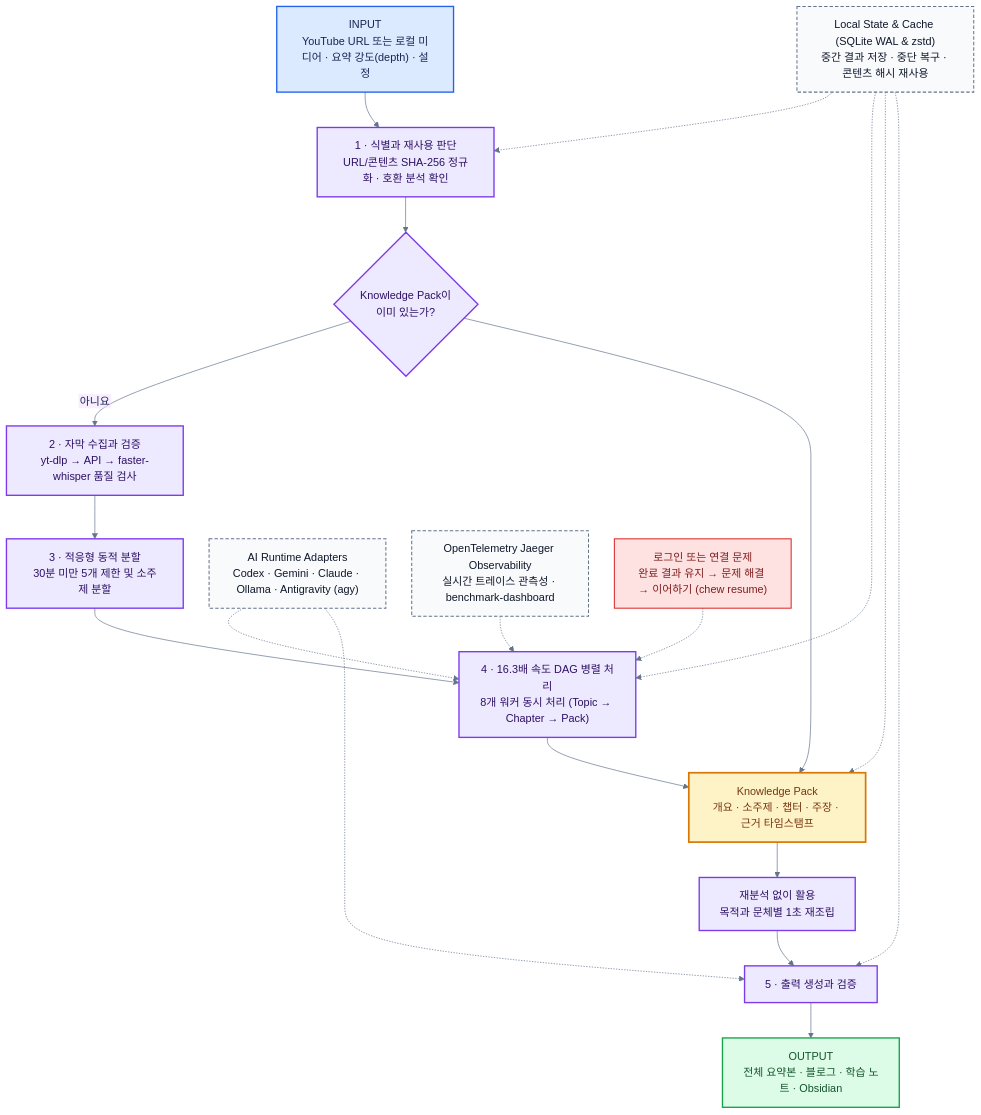
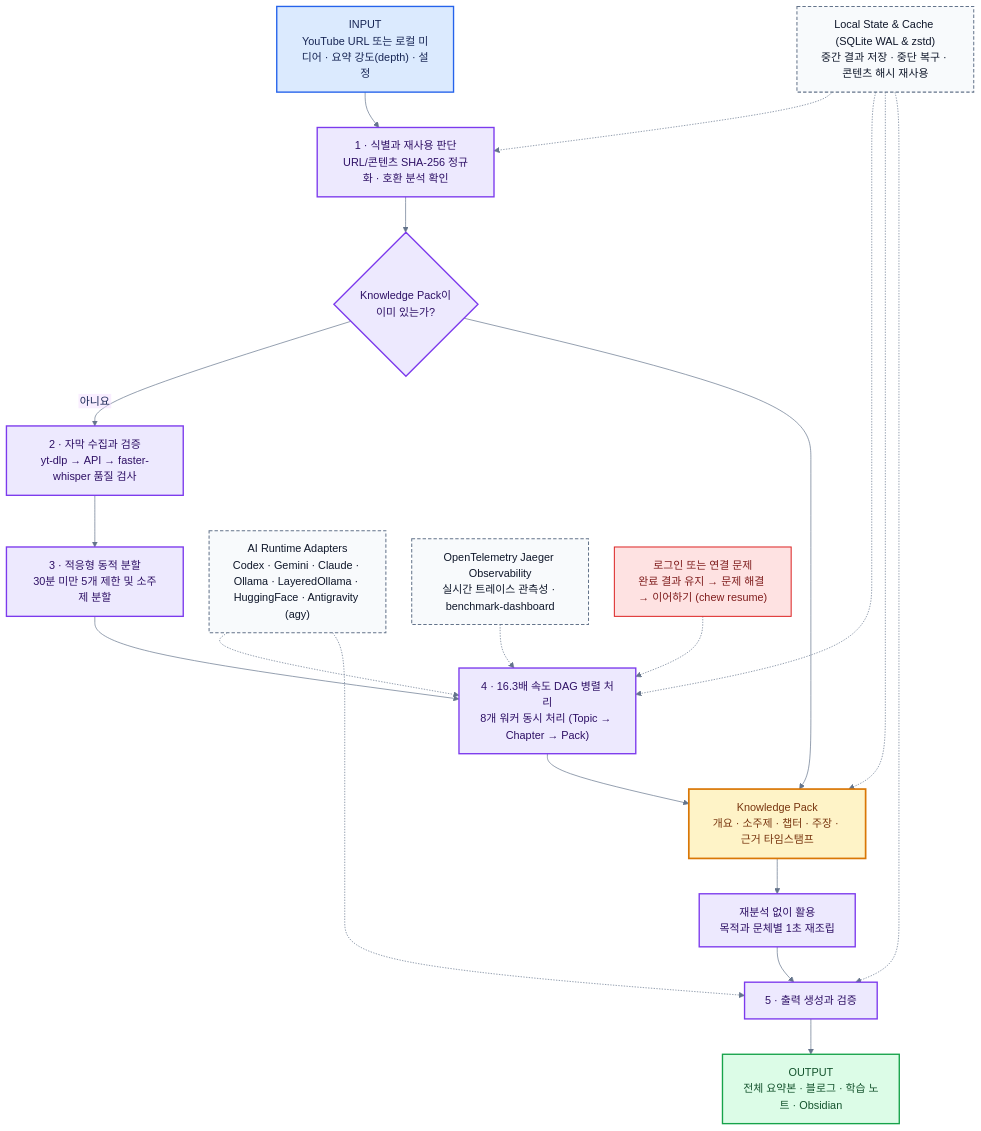
Before and after one commit to SHcommit/youtube-summerizer-kit: the diagram in assets/architecture/ko/internal-pipeline.mmd, drawn with Mermaid. The commit also changed 8 other files, not shown here.

```diff
--- a/assets/architecture/ko/internal-pipeline.mmd
+++ b/assets/architecture/ko/internal-pipeline.mmd
@@ -1,41 +1,41 @@
 %%{init: {"theme":"base","themeVariables":{"fontFamily":"Arial, Apple SD Gothic Neo, Noto Sans KR, sans-serif","primaryTextColor":"#172554","lineColor":"#64748b","clusterBkg":"#ffffff","clusterBorder":"#cbd5e1"},"flowchart":{"curve":"basis","nodeSpacing":38,"rankSpacing":52,"htmlLabels":false}}}%%
 flowchart TB
     INPUT["INPUT<br/>YouTube URL 또는 로컬 미디어 · 요약 강도(depth) · 설정"]
     IDENTITY["1 · 식별과 재사용 판단<br/>URL/콘텐츠 SHA-256 정규화 · 호환 분석 확인"]
     INPUT --> IDENTITY
     IDENTITY --> CACHE{"Knowledge Pack이<br/>이미 있는가?"}
 
     CACHE -->|아니요| ACQUIRE["2 · 자막 수집과 검증<br/>yt-dlp → API → faster-whisper 품질 검사"]
     ACQUIRE --> SEGMENT["3 · 적응형 동적 분할<br/>30분 미만 5개 제한 및 소주제 분할"]
     SEGMENT --> SYNTHESIS["4 · 16.3배 속도 DAG 병렬 처리<br/>8개 워커 동시 처리 (Topic → Chapter → Pack)"]
     SYNTHESIS --> PACK["Knowledge Pack<br/>개요 · 소주제 · 챕터 · 주장 · 근거 타임스탬프"]
     CACHE --> PACK
 
     PACK --> REUSE["재분석 없이 활용<br/>목적과 문체별 1초 재조립"]
     REUSE --> ASSEMBLY["5 · 출력 생성과 검증"]
     ASSEMBLY --> OUTPUT["OUTPUT<br/>전체 요약본 · 블로그 · 학습 노트 · Obsidian"]
 
-    RUNTIMES["AI Runtime Adapters<br/>Codex · Gemini · Claude · Ollama · Antigravity (agy)"] -.-> SYNTHESIS
+    RUNTIMES["AI Runtime Adapters<br/>Codex · Gemini · Claude · Ollama · LayeredOllama · HuggingFace · Antigravity (agy)"] -.-> SYNTHESIS
     RUNTIMES -.-> ASSEMBLY
 
     LOCAL["Local State & Cache (SQLite WAL & zstd)<br/>중간 결과 저장 · 중단 복구 · 콘텐츠 해시 재사용"] -.-> IDENTITY
     LOCAL -.-> SYNTHESIS
     LOCAL -.-> PACK
     LOCAL -.-> ASSEMBLY
 
     TELEMETRY["OpenTelemetry Jaeger Observability<br/>실시간 트레이스 관측성 · benchmark-dashboard"] -.-> SYNTHESIS
 
     RECOVERY["로그인 또는 연결 문제<br/>완료 결과 유지 → 문제 해결 → 이어하기 (chew resume)"] -.-> SYNTHESIS
 
     classDef input fill:#dbeafe,stroke:#2563eb,stroke-width:2px,color:#172554;
     classDef process fill:#ede9fe,stroke:#7c3aed,stroke-width:2px,color:#2e1065;
     classDef knowledge fill:#fef3c7,stroke:#d97706,stroke-width:2.5px,color:#78350f;
     classDef output fill:#dcfce7,stroke:#16a34a,stroke-width:2px,color:#14532d;
     classDef support fill:#f8fafc,stroke:#64748b,stroke-width:1.5px,stroke-dasharray:5 3,color:#0f172a;
     classDef recovery fill:#fee2e2,stroke:#dc2626,stroke-width:1.5px,color:#7f1d1d;
     class INPUT input;
     class IDENTITY,CACHE,ACQUIRE,SEGMENT,SYNTHESIS,REUSE,ASSEMBLY process;
     class PACK knowledge;
     class OUTPUT output;
     class RUNTIMES,LOCAL,TELEMETRY support;
     class RECOVERY recovery;
```
